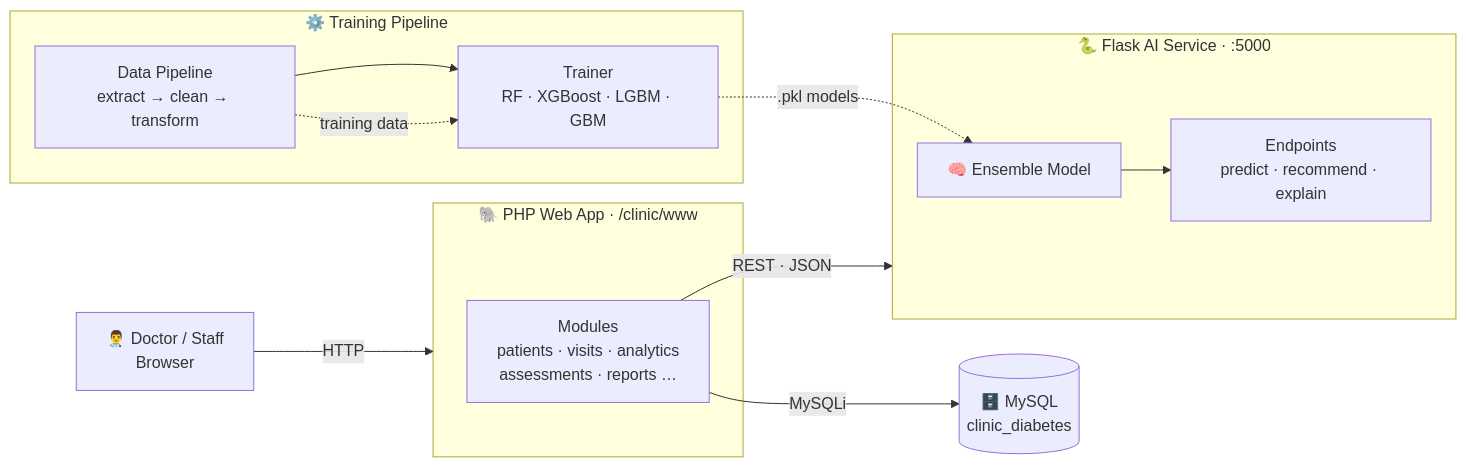
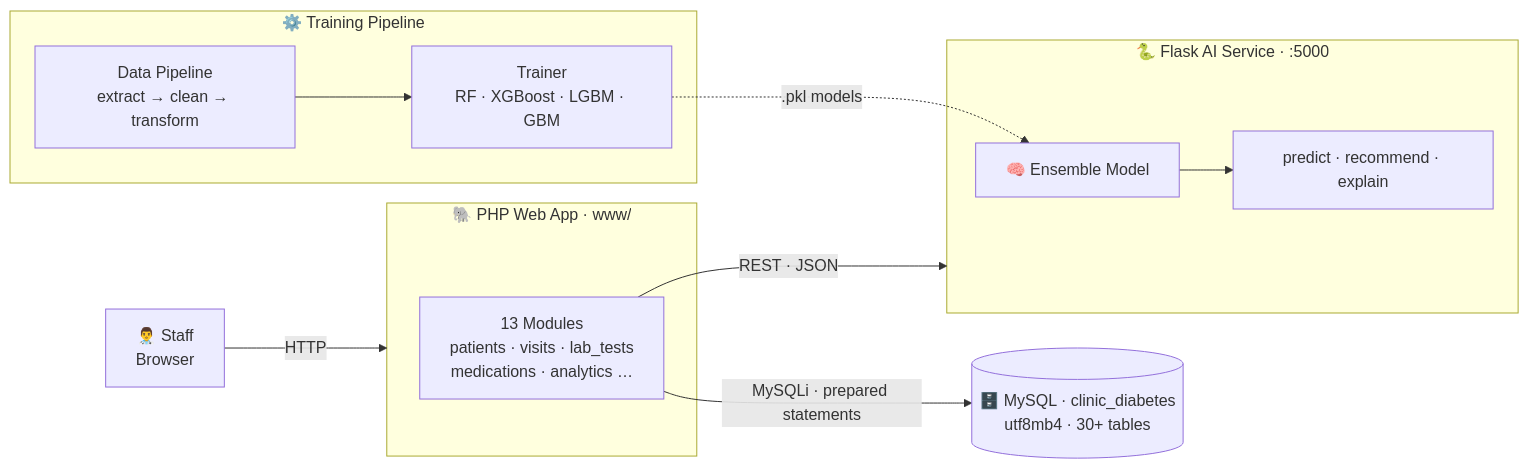
Before and after one commit to msimoo/Diabetics: the second of 2 diagrams in README.md, drawn with Mermaid. The commit also changed other lines of this file and 1 other file, not shown here.

First line of the commit message:
docs: rewrite README as HIS Clinic & Laboratory Management System

````diff
--- a/README.md
+++ b/README.md
@@ -97,24 +133,23 @@
 ```mermaid
 flowchart LR
-    U["👨‍⚕️ Doctor / Staff<br/>Browser"] -->|"HTTP"| PHP
+    U["👨‍⚕️ Staff<br/>Browser"] -->|"HTTP"| PHP
 
-    subgraph PHP["🐘 PHP Web App · /clinic/www"]
-        M["Modules<br/>patients · visits · analytics<br/>assessments · reports …"]
+    subgraph PHP["🐘 PHP Web App · www/"]
+        M["13 Modules<br/>patients · visits · lab_tests<br/>medications · analytics …"]
     end
 
-    M -->|"MySQLi"| DB[("🗄️ MySQL<br/>clinic_diabetes")]
+    M -->|"MySQLi · prepared statements"| DB[("🗄️ MySQL · clinic_diabetes<br/>utf8mb4 · 30+ tables")]
     M -->|"REST · JSON"| AI
 
     subgraph AI["🐍 Flask AI Service · :5000"]
         E["🧠 Ensemble Model"]
-        EP["Endpoints<br/>predict · recommend · explain"]
+        EP["predict · recommend · explain"]
         E --> EP
     end
 
     subgraph ML["⚙️ Training Pipeline"]
         DP["Data Pipeline<br/>extract → clean → transform"] --> TR["Trainer<br/>RF · XGBoost · LGBM · GBM"]
     end
 
     TR -.->|".pkl models"| E
-    DP -.->|"training data"| TR
 ```
````
